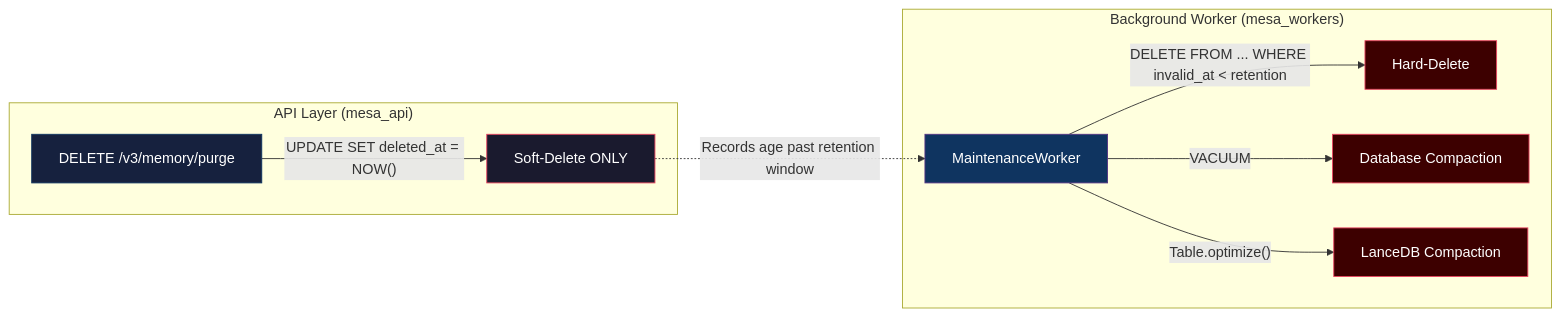
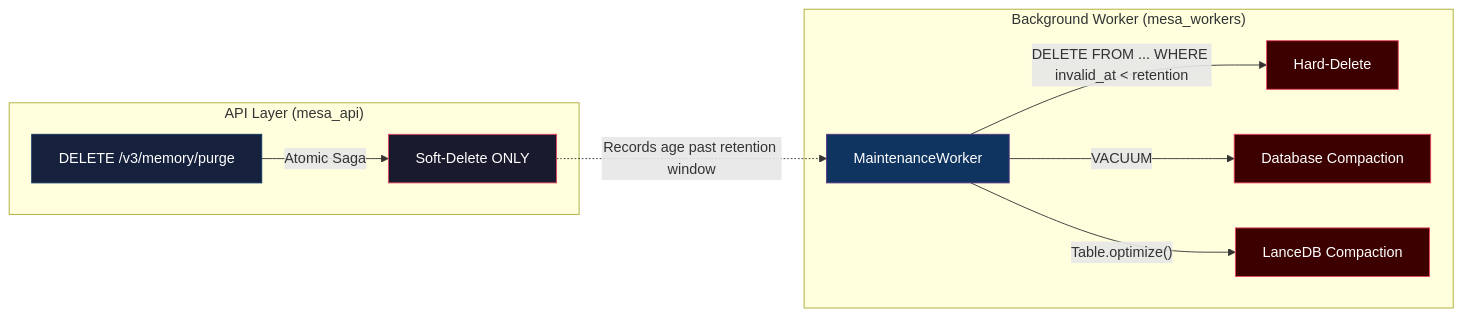
One commit to Yasou13/MESA changed the second of 5 diagrams in ARCHITECTURE.md. Above: the diagram before and after it, drawn with Mermaid. The commit also changed other lines of this file and 18 other files, not shown here.

````diff
--- a/ARCHITECTURE.md
+++ b/ARCHITECTURE.md
@@ -115,21 +116,21 @@
 ```mermaid
 graph LR
     subgraph "API Layer (mesa_api)"
-        A["DELETE /v3/memory/purge"] -->|"UPDATE SET deleted_at = NOW()"| B["Soft-Delete ONLY"]
+        A["DELETE /v3/memory/purge"] -->|"Atomic Saga"| B["Soft-Delete ONLY"]
     end
 
     subgraph "Background Worker (mesa_workers)"
         C["MaintenanceWorker"] -->|"DELETE FROM ... WHERE invalid_at < retention"| D["Hard-Delete"]
         C -->|"VACUUM"| E["Database Compaction"]
         C -->|"Table.optimize()"| F["LanceDB Compaction"]
     end
 
     B -.->|"Records age past retention window"| C
 
     style A fill:#16213e,stroke:#0f3460,color:#fff
     style B fill:#1a1a2e,stroke:#e94560,color:#fff
     style C fill:#0f3460,stroke:#533483,color:#fff
     style D fill:#3d0000,stroke:#e94560,color:#fff
     style E fill:#3d0000,stroke:#e94560,color:#fff
     style F fill:#3d0000,stroke:#e94560,color:#fff
 ```
````
